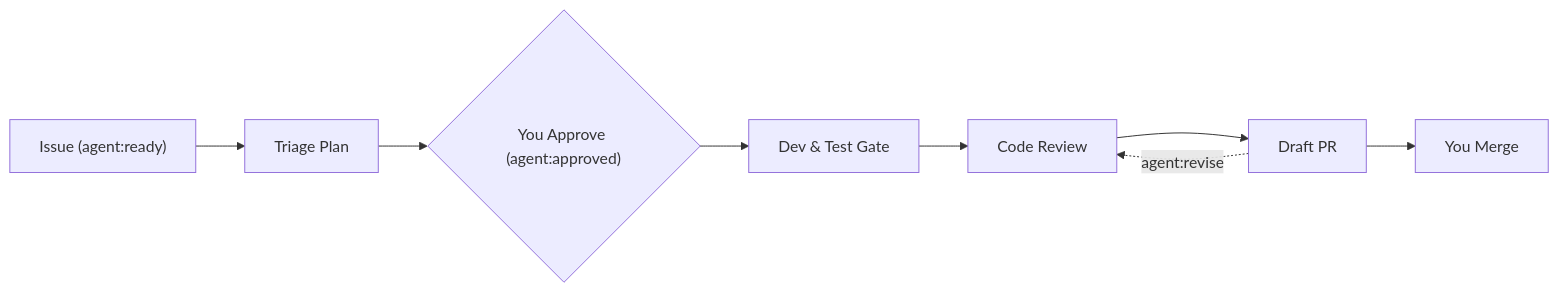
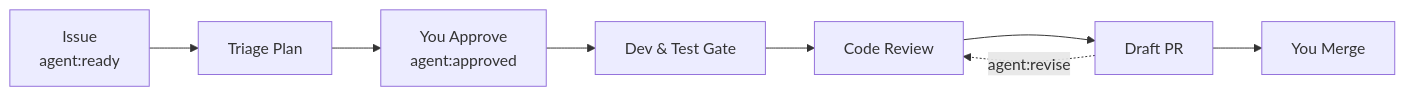
One commit to hamedniroomand/cue changed the diagram in README.md. Above: the diagram before and after it, drawn with Mermaid.

Commit message:
fix: address PR feedback on #29

````diff
--- a/README.md
+++ b/README.md
@@ -20,10 +20,10 @@
 ```mermaid
 flowchart LR
-  issue["Issue (agent:ready)"] --> plan["Triage Plan"]
-  plan --> approve{"You Approve (agent:approved)"}
-  approve --> dev["Dev & Test Gate"]
-  dev --> review["Code Review"]
-  review --> pr["Draft PR"]
-  pr --> merge["You Merge"]
-  pr -.->|"agent:revise"| review
+    A["Issue<br/>agent:ready"] --> B["Triage Plan"]
+    B --> C["You Approve<br/>agent:approved"]
+    C --> D["Dev & Test Gate"]
+    D --> E["Code Review"]
+    E --> F["Draft PR"]
+    F --> G["You Merge"]
+    F -. "agent:revise" .-> E
 ```
````
